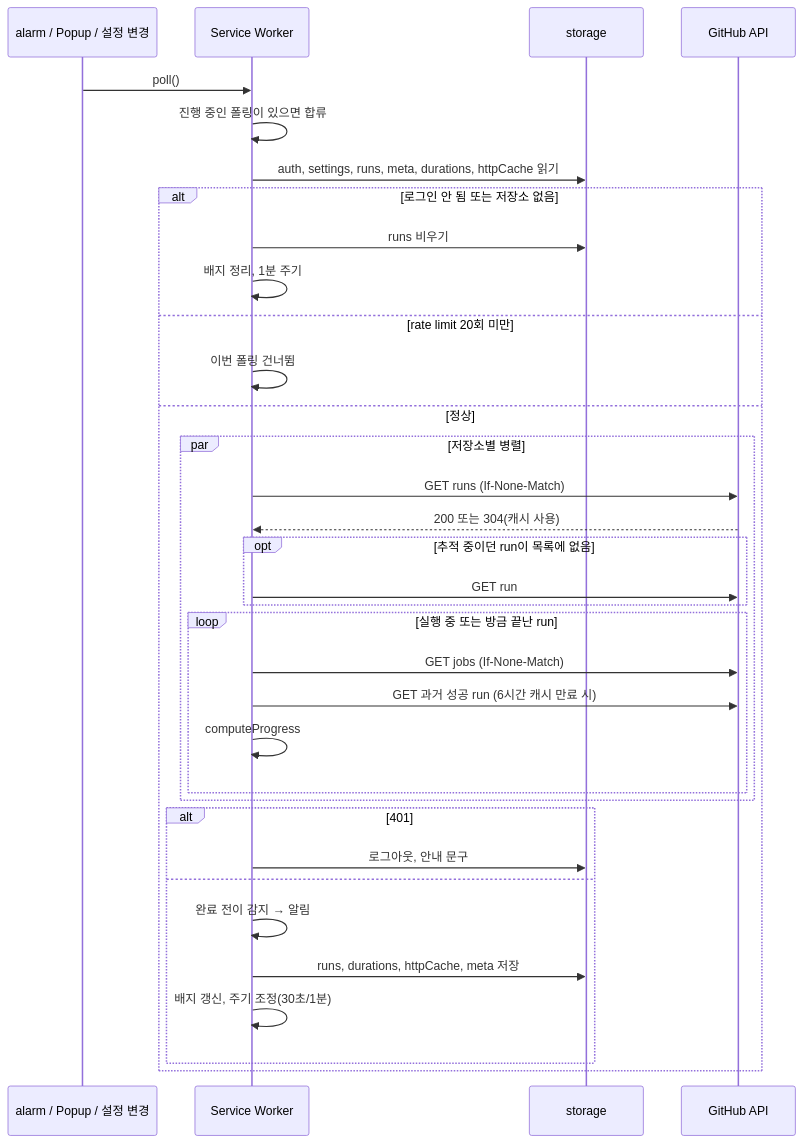
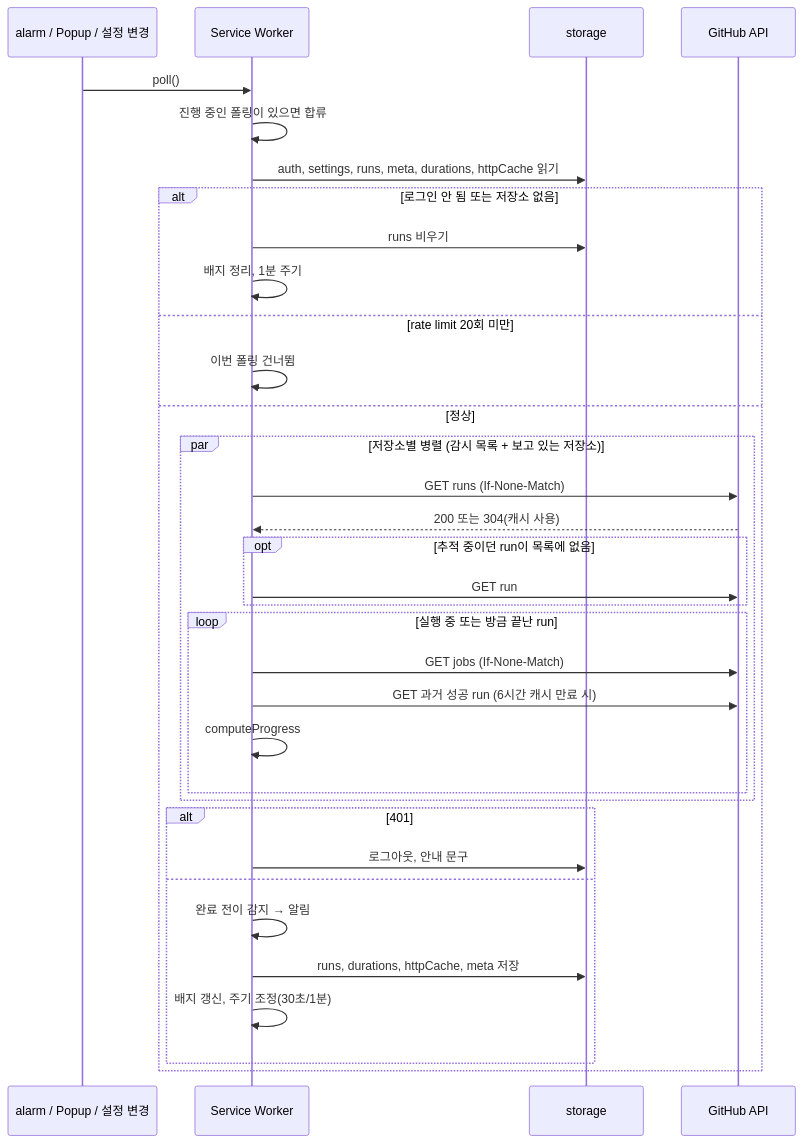
One commit to gugitgugit/live-actions changed the second of 2 diagrams in docs/DESIGN.md. Above: the diagram before and after it, drawn with Mermaid. The commit also changed other lines of this file and 23 other files, not shown here.

````diff
--- a/docs/DESIGN.md
+++ b/docs/DESIGN.md
@@ -606,37 +753,37 @@
 ```mermaid
 sequenceDiagram
   participant A as alarm / Popup / 설정 변경
   participant SW as Service Worker
   participant S as storage
   participant GH as GitHub API
 
   A->>SW: poll()
   SW->>SW: 진행 중인 폴링이 있으면 합류
   SW->>S: auth, settings, runs, meta, durations, httpCache 읽기
   alt 로그인 안 됨 또는 저장소 없음
     SW->>S: runs 비우기
     SW->>SW: 배지 정리, 1분 주기
   else rate limit 20회 미만
     SW->>SW: 이번 폴링 건너뜀
   else 정상
-    par 저장소별 병렬
+    par 저장소별 병렬 (감시 목록 + 보고 있는 저장소)
       SW->>GH: GET runs (If-None-Match)
       GH-->>SW: 200 또는 304(캐시 사용)
       opt 추적 중이던 run이 목록에 없음
         SW->>GH: GET run
       end
       loop 실행 중 또는 방금 끝난 run
         SW->>GH: GET jobs (If-None-Match)
         SW->>GH: GET 과거 성공 run (6시간 캐시 만료 시)
         SW->>SW: computeProgress
       end
     end
     alt 401
       SW->>S: 로그아웃, 안내 문구
     else
       SW->>SW: 완료 전이 감지 → 알림
       SW->>S: runs, durations, httpCache, meta 저장
       SW->>SW: 배지 갱신, 주기 조정(30초/1분)
     end
   end
 ```
````
